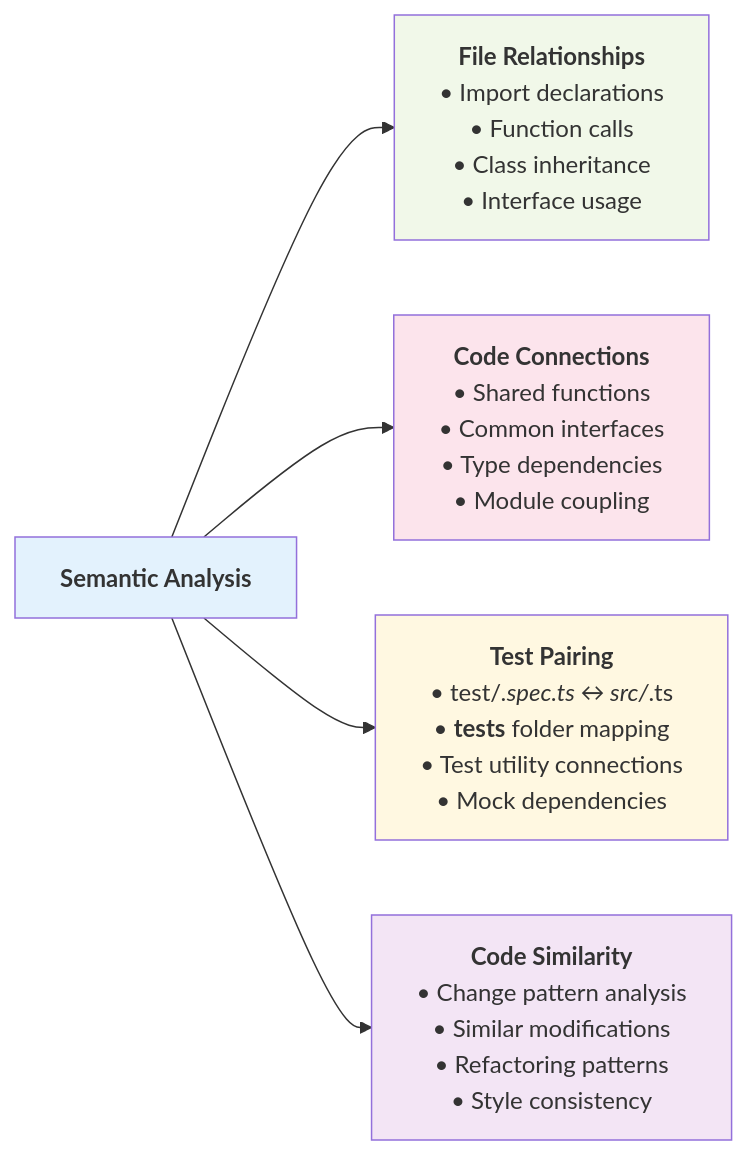
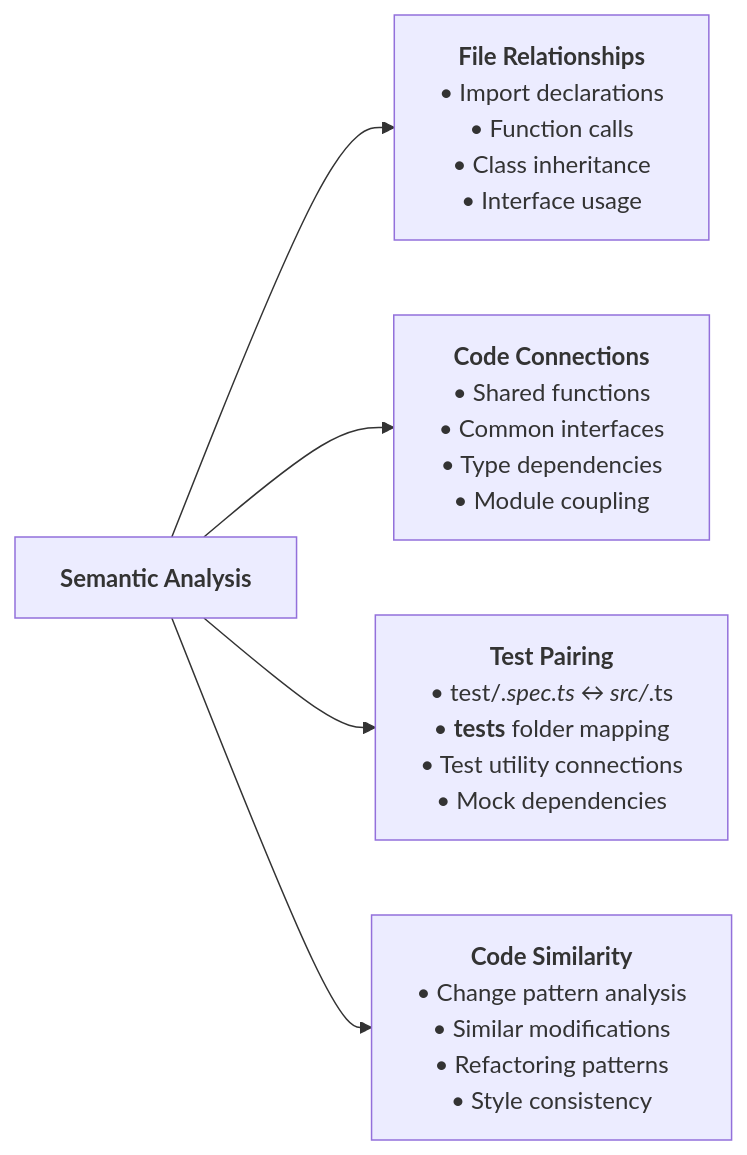
One commit to geogoesbeepboop/mastro changed the second of 7 diagrams in docs/diagrams/mastro-split-flow.md. Above: the diagram before and after it, drawn with Mermaid. The commit also changed other lines of this file and 5 other files, not shown here.

First line of the commit message:
docs: update analytics and flow diagrams for clarity

````diff
--- a/docs/diagrams/mastro-split-flow.md
+++ b/docs/diagrams/mastro-split-flow.md
@@ -102,32 +104,34 @@
 ```mermaid
+
 graph LR
     SA["`**Semantic Analysis**`"] --> FR["`**File Relationships**
     • Import declarations
     • Function calls
     • Class inheritance
     • Interface usage`"]
     
     SA --> CC["`**Code Connections**
     • Shared functions
     • Common interfaces
     • Type dependencies
     • Module coupling`"]
     
     SA --> TP["`**Test Pairing**
     • test/*.spec.ts ↔ src/*.ts
     • __tests__ folder mapping
     • Test utility connections
     • Mock dependencies`"]
     
     SA --> CS["`**Code Similarity**
     • Change pattern analysis
     • Similar modifications
     • Refactoring patterns
     • Style consistency`"]
 
-    style SA fill:#e3f2fd
-    style FR fill:#f1f8e9
-    style CC fill:#fce4ec
-    style TP fill:#fff8e1
-    style CS fill:#f3e5f5
+    style SA fill:#e3f2fd color:#000000
+    style FR fill:#f1f8e9 color:#000000
+    style CC fill:#fce4ec color:#000000
+    style TP fill:#fff8e1 color:#000000
+    style CS fill:#f3e5f5 color:#000000
+
 ```
````
